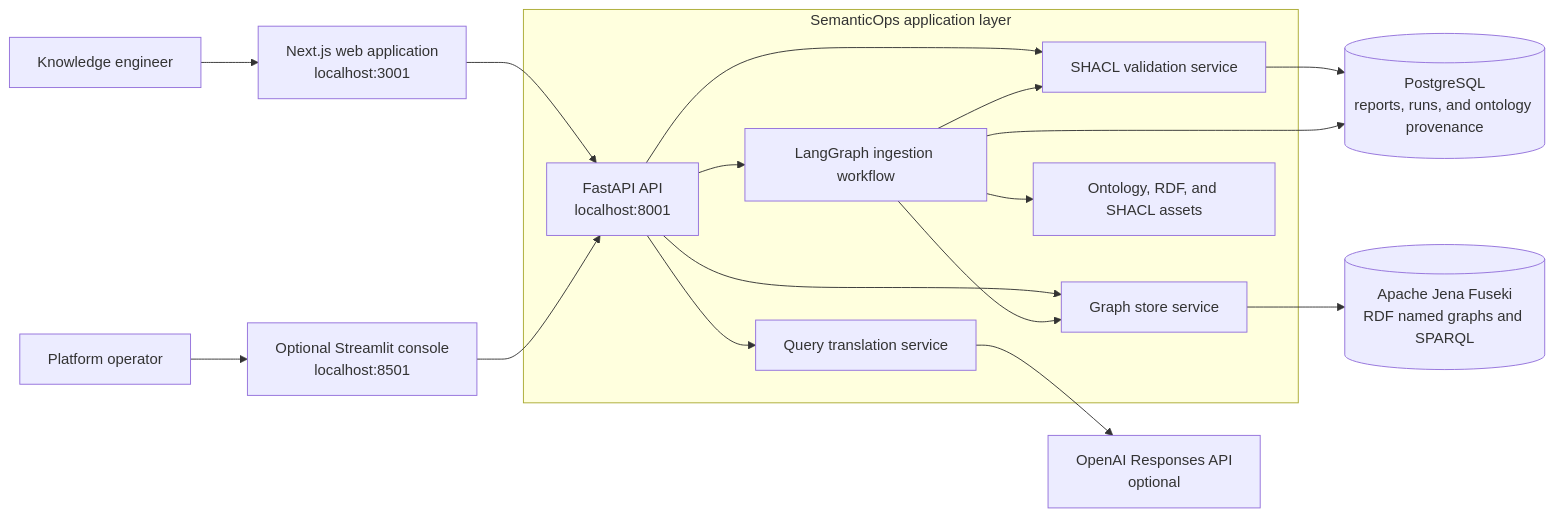
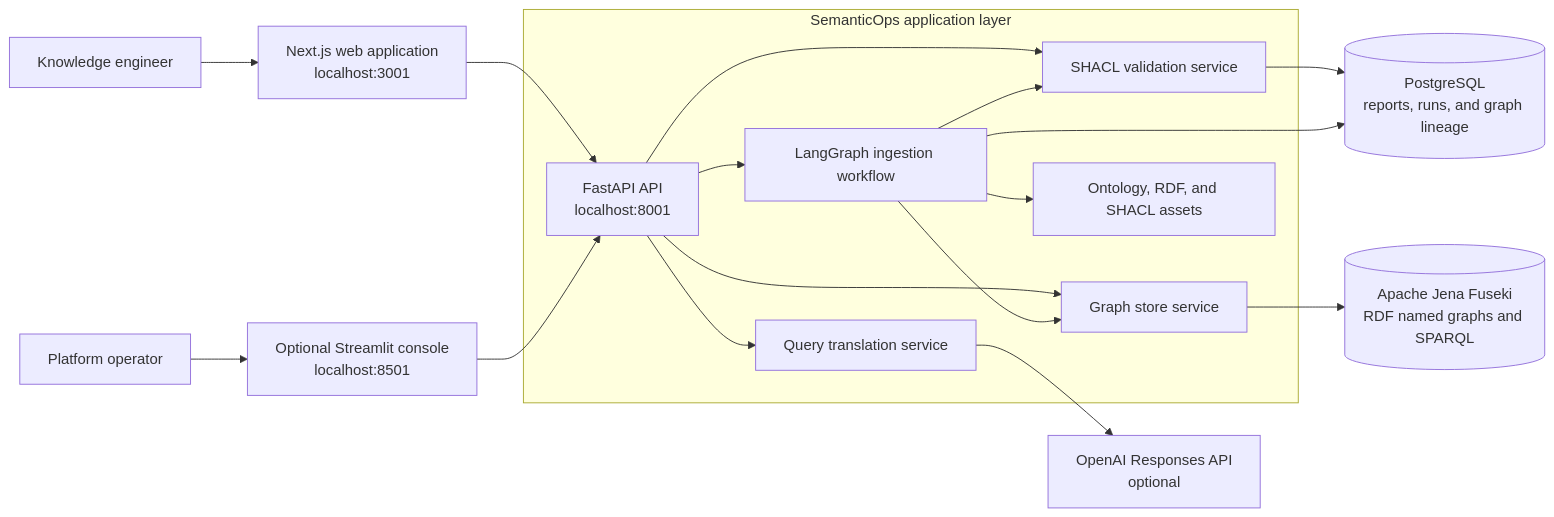
One commit to ragunath1242001/AI-Multi-Agent-Platform-for-Enterprise-Knowledge-Graph-Engineering changed the diagram in README.md. Above: the diagram before and after it, drawn with Mermaid. The commit also changed other lines of this file and 15 other files, not shown here.

Commit message:
feat: add graph lineage tracking

````diff
--- a/README.md
+++ b/README.md
@@ -19,24 +20,24 @@
 ```mermaid
 flowchart LR
     User[Knowledge engineer] --> Web[Next.js web application<br/>localhost:3001]
     Operator[Platform operator] --> Console[Optional Streamlit console<br/>localhost:8501]
 
     Web --> API[FastAPI API<br/>localhost:8001]
     Console --> API
 
     subgraph Application[SemanticOps application layer]
         API --> Workflow[LangGraph ingestion workflow]
         API --> Validation[SHACL validation service]
         API --> Graph[Graph store service]
         API --> Translation[Query translation service]
         Workflow --> Assets[Ontology, RDF, and SHACL assets]
         Workflow --> Validation
         Workflow --> Graph
     end
 
-    Validation --> PostgreSQL[(PostgreSQL<br/>reports, runs, and ontology provenance)]
+    Validation --> PostgreSQL[(PostgreSQL<br/>reports, runs, and graph lineage)]
     Workflow --> PostgreSQL
     Graph --> Fuseki[(Apache Jena Fuseki<br/>RDF named graphs and SPARQL)]
     Translation --> OpenAI[OpenAI Responses API<br/>optional]
 
 ```
````
